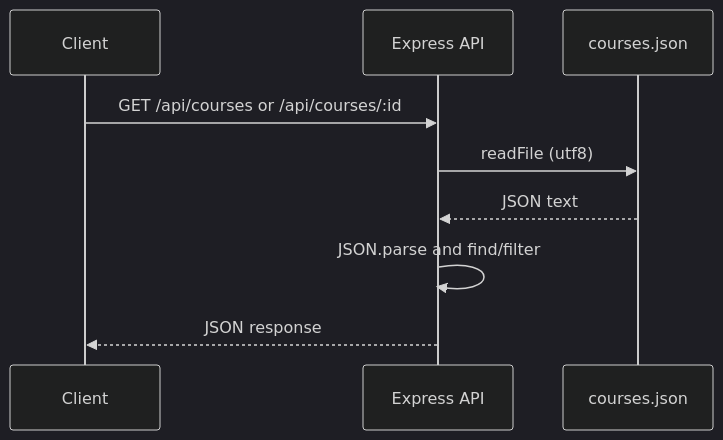
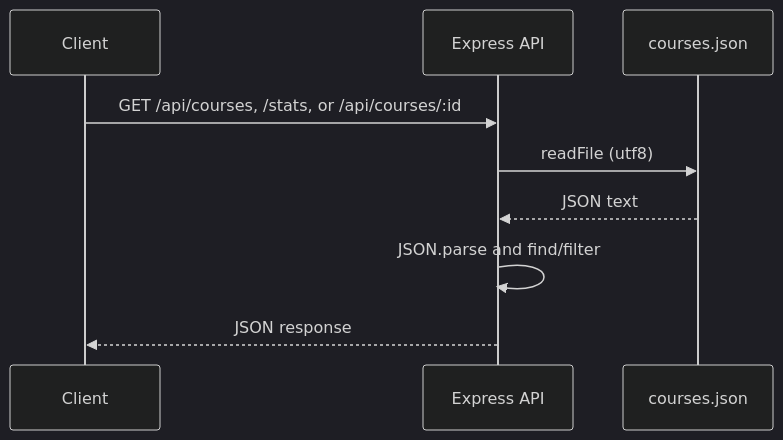
Before and after one commit to eetglobalchat-create/codecrafthub: the second of 2 diagrams in architecture.md, drawn with Mermaid (dark theme). The commit also changed other lines of this file and 6 other files, not shown here.

````diff
--- a/architecture.md
+++ b/architecture.md
@@ -44,11 +45,11 @@
 ```mermaid
 sequenceDiagram
     participant C as Client
     participant A as Express API
     participant F as courses.json
-    C->>A: GET /api/courses or /api/courses/:id
+    C->>A: GET /api/courses, /stats, or /api/courses/:id
     A->>F: readFile (utf8)
     F-->>A: JSON text
     A->>A: JSON.parse and find/filter
     A-->>C: JSON response
 ```
````
